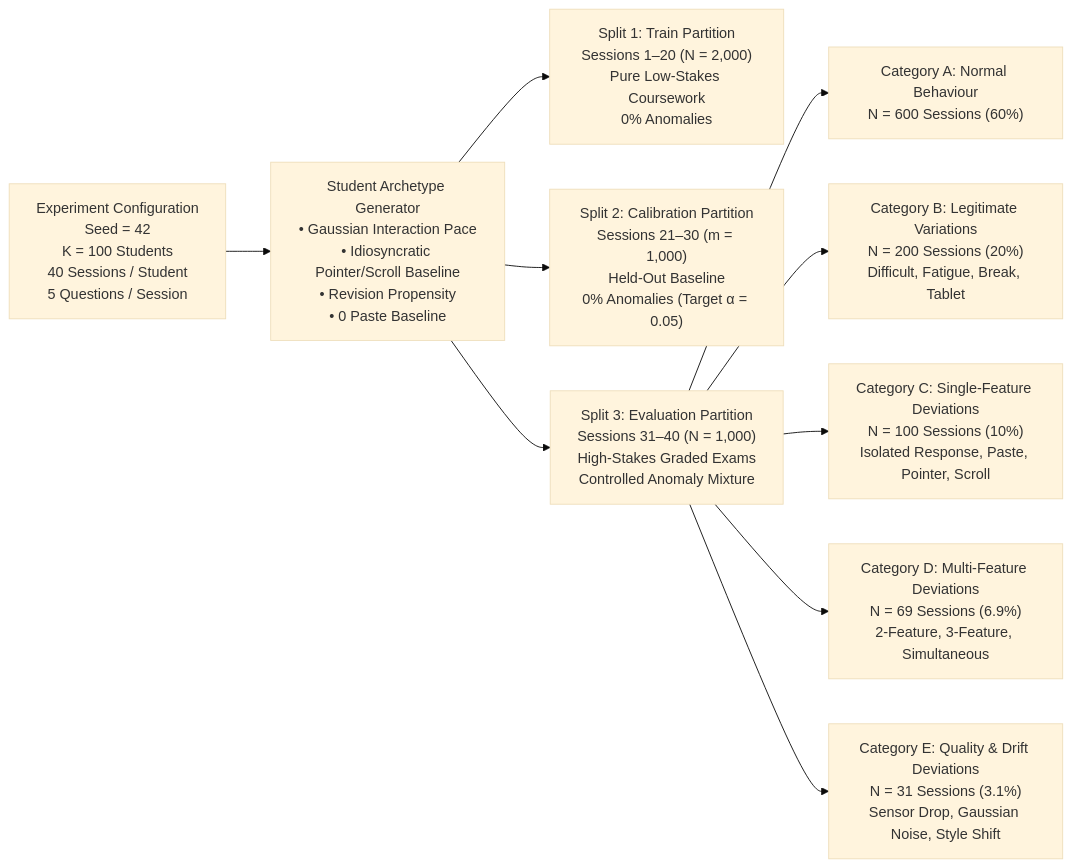
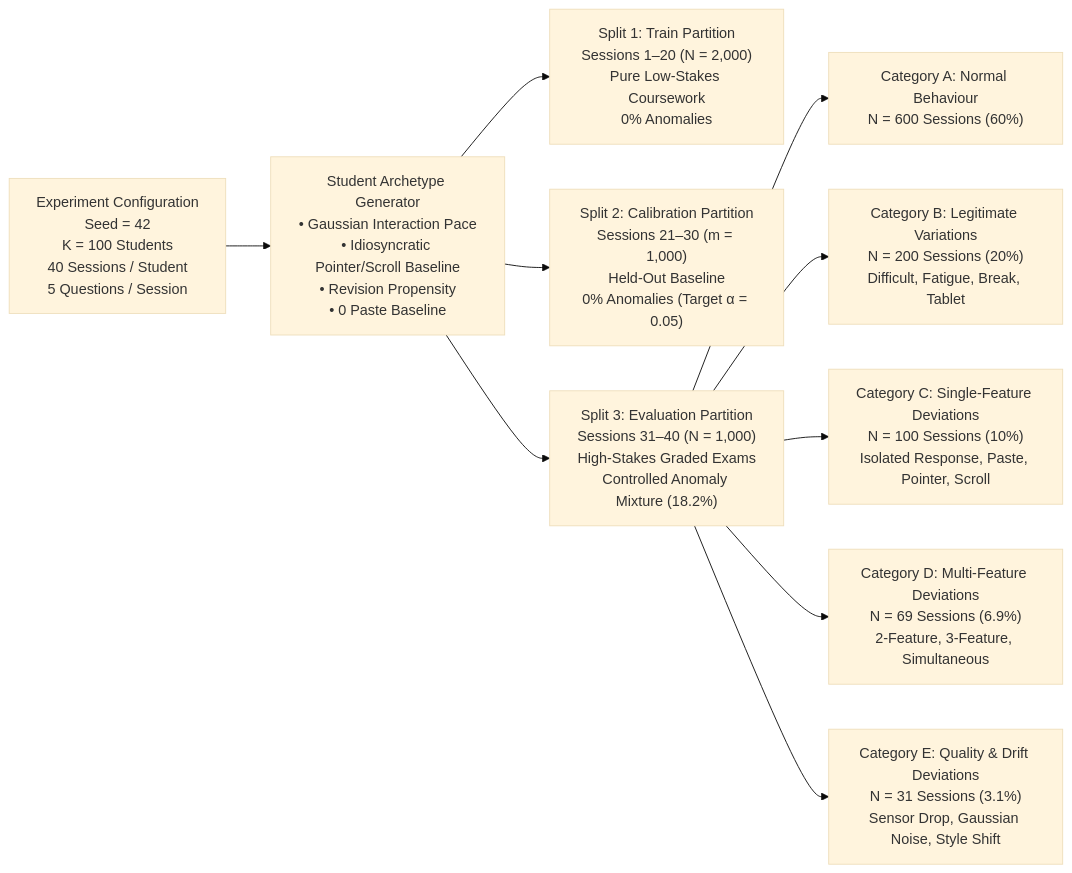
One commit to Ganeshraj10/scm-patent changed the second of 2 diagrams in docs/paper/ExamGuard_Research_Figures_and_Tables.md. Above: the diagram before and after it, drawn with Mermaid (base theme). The commit also changed other lines of this file and 23 other files, not shown here.

````diff
--- a/docs/paper/ExamGuard_Research_Figures_and_Tables.md
+++ b/docs/paper/ExamGuard_Research_Figures_and_Tables.md
@@ -63,14 +63,14 @@
 ```mermaid
 flowchart LR
     Config["Experiment Configuration<br/>Seed = 42<br/>K = 100 Students<br/>40 Sessions / Student<br/>5 Questions / Session"] --> StudentArchetypes["Student Archetype Generator<br/>• Gaussian Interaction Pace<br/>• Idiosyncratic Pointer/Scroll Baseline<br/>• Revision Propensity<br/>• 0 Paste Baseline"]
     
     StudentArchetypes --> SplitTrain["Split 1: Train Partition<br/>Sessions 1–20 (N = 2,000)<br/>Pure Low-Stakes Coursework<br/>0% Anomalies"]
     StudentArchetypes --> SplitCal["Split 2: Calibration Partition<br/>Sessions 21–30 (m = 1,000)<br/>Held-Out Baseline<br/>0% Anomalies (Target α = 0.05)"]
-    StudentArchetypes --> SplitTest["Split 3: Evaluation Partition<br/>Sessions 31–40 (N = 1,000)<br/>High-Stakes Graded Exams<br/>Controlled Anomaly Mixture"]
+    StudentArchetypes --> SplitTest["Split 3: Evaluation Partition<br/>Sessions 31–40 (N = 1,000)<br/>High-Stakes Graded Exams<br/>Controlled Anomaly Mixture (18.2%)"]
 
     SplitTest --> CatA["Category A: Normal Behaviour<br/>N = 600 Sessions (60%)"]
     SplitTest --> CatB["Category B: Legitimate Variations<br/>N = 200 Sessions (20%)<br/>Difficult, Fatigue, Break, Tablet"]
     SplitTest --> CatC["Category C: Single-Feature Deviations<br/>N = 100 Sessions (10%)<br/>Isolated Response, Paste, Pointer, Scroll"]
     SplitTest --> CatD["Category D: Multi-Feature Deviations<br/>N = 69 Sessions (6.9%)<br/>2-Feature, 3-Feature, Simultaneous"]
     SplitTest --> CatE["Category E: Quality & Drift Deviations<br/>N = 31 Sessions (3.1%)<br/>Sensor Drop, Gaussian Noise, Style Shift"]
 ```
````
